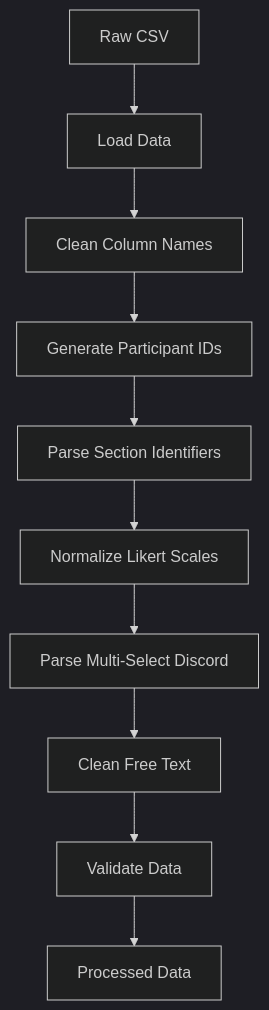
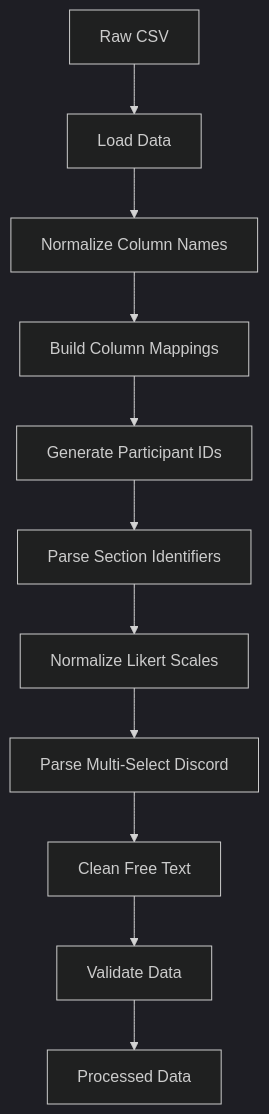
Before and after one commit to MarkErik/op-survey-analysis: the first of 2 diagrams in plans/data_import_processing_architecture.md, drawn with Mermaid (dark theme). The commit also changed other lines of this file and 1 other file, not shown here.

````diff
--- a/plans/data_import_processing_architecture.md
+++ b/plans/data_import_processing_architecture.md
@@ -42,12 +42,13 @@
 ```mermaid
 flowchart TD
     A[Raw CSV] --> B[Load Data]
-    B --> C[Clean Column Names]
-    C --> D[Generate Participant IDs]
-    D --> E[Parse Section Identifiers]
-    E --> F[Normalize Likert Scales]
-    F --> G[Parse Multi-Select Discord]
-    G --> H[Clean Free Text]
-    H --> I[Validate Data]
-    I --> J[Processed Data]
+    B --> C[Normalize Column Names]
+    C --> D[Build Column Mappings]
+    D --> E[Generate Participant IDs]
+    E --> F[Parse Section Identifiers]
+    F --> G[Normalize Likert Scales]
+    G --> H[Parse Multi-Select Discord]
+    H --> I[Clean Free Text]
+    I --> J[Validate Data]
+    J --> K[Processed Data]
 ```
````
